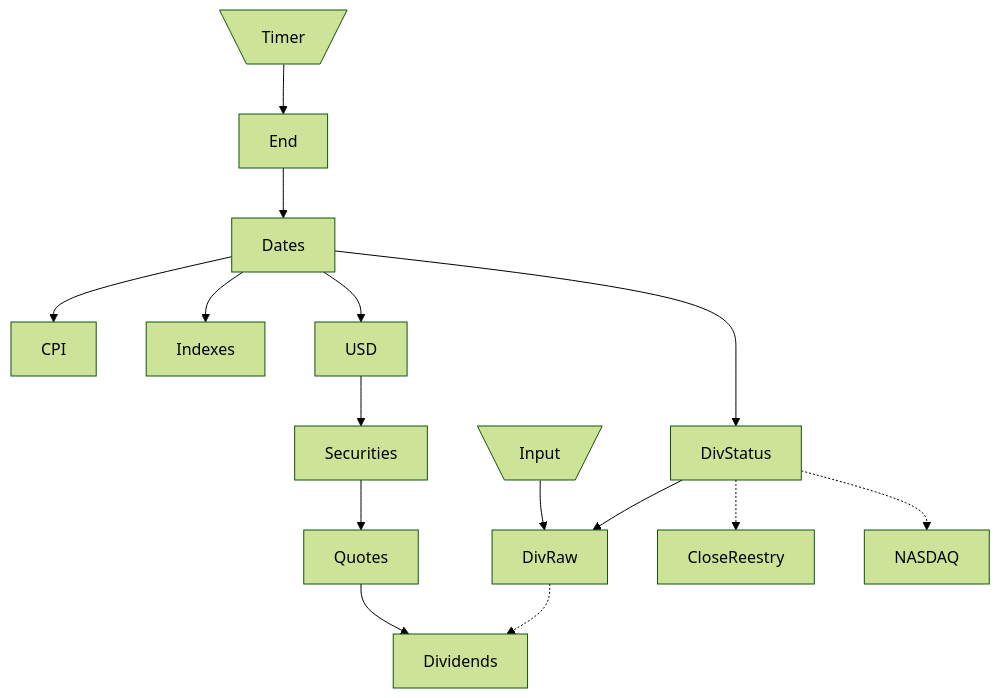
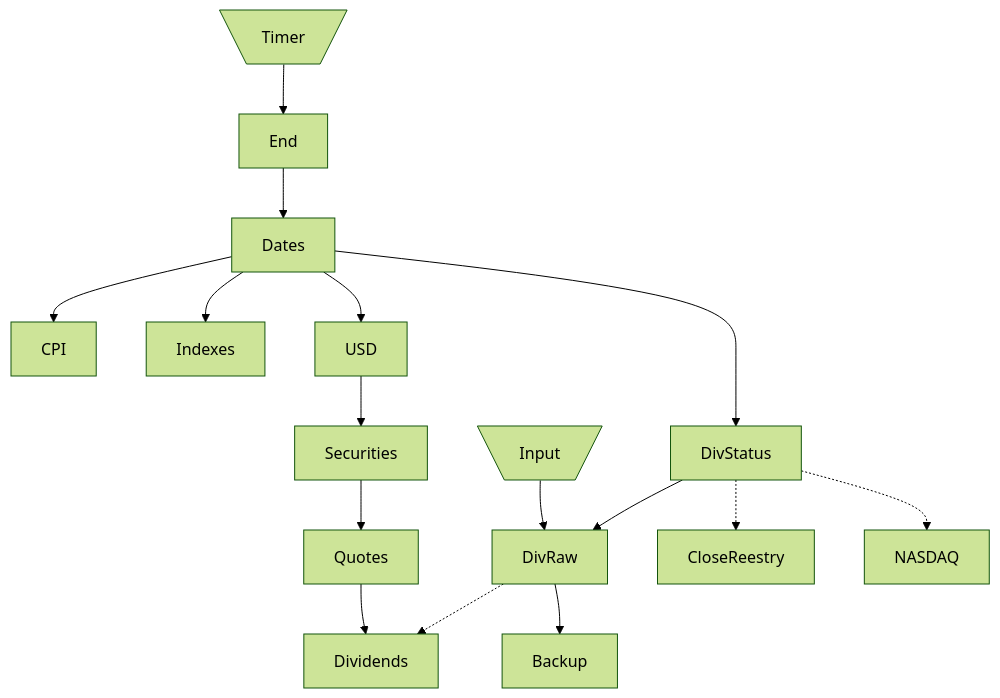
One commit to WLM1ke/poptimizer changed the diagram in data/README.md. Above: the diagram before and after it, drawn with Mermaid (forest theme). The commit also changed 2 other files, not shown here.

Commit message:
feat: правило для сохранения копии введенных вручную дивидендов

````diff
--- a/data/README.md
+++ b/data/README.md
@@ -16,21 +16,22 @@
 ```mermaid
 flowchart
     Timer[\Timer/]-->End
     End-->Dates
     
     Dates-->CPI
     Dates-->Indexes
     Dates-->USD
 	Dates-->DivStatus
 
 	USD-->Securities
     Securities-->Quotes
 	Quotes-->Dividends
     
     Input[\Input/]-->DivRaw
     DivRaw-.->Dividends
+    DivRaw-->Backup
     
     DivStatus-->DivRaw
     DivStatus-.->CloseReestry
     DivStatus-.->NASDAQ
 ```
````
